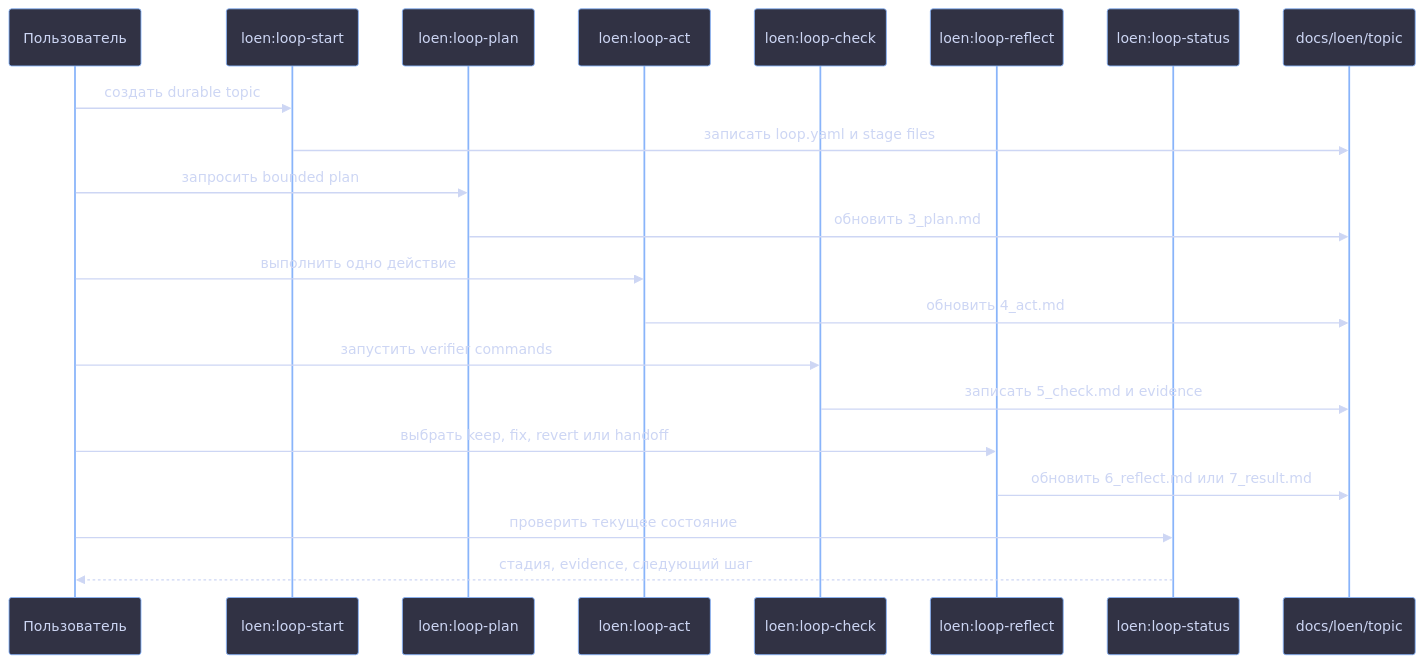
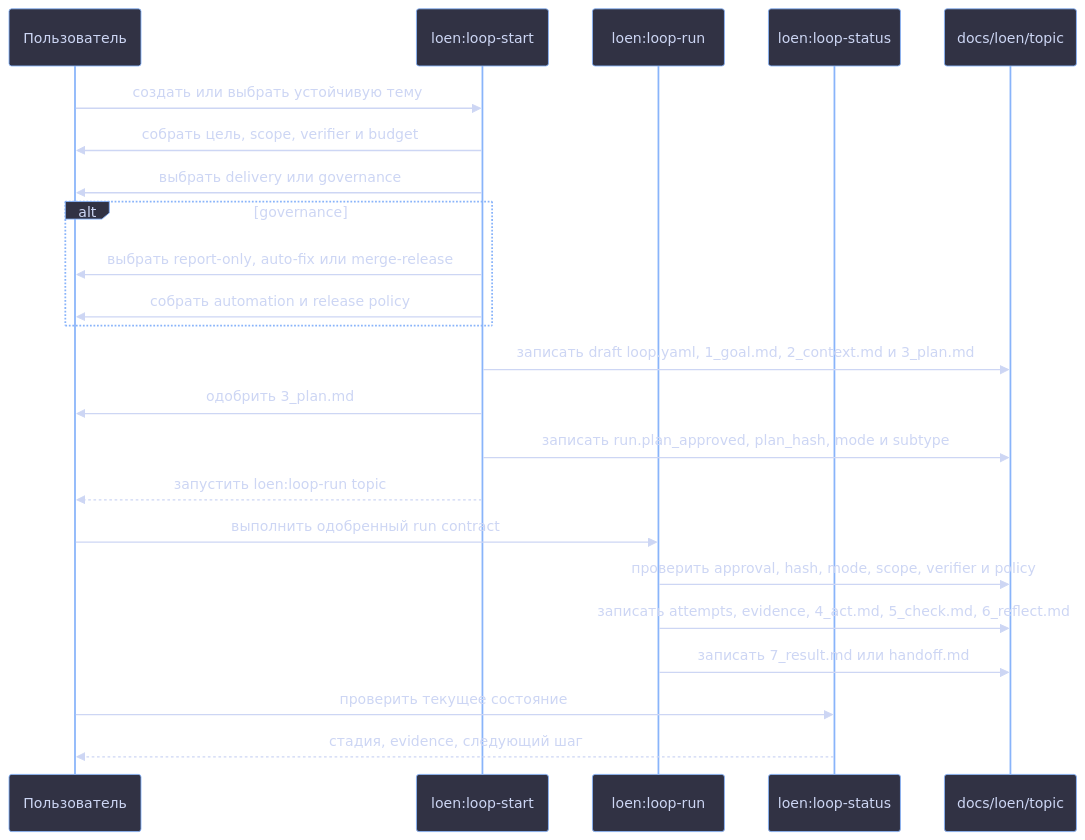
Before and after one commit to ikeniborn/icodex: the first of 2 diagrams in .codex-isolated/plugins/cache/icodex-local/loen/0.1.0/README.ru.md, drawn with Mermaid. The commit also changed other lines of this file and 80 other files, not shown here.

````diff
--- a/.codex-isolated/plugins/cache/icodex-local/loen/0.1.0/README.ru.md
+++ b/.codex-isolated/plugins/cache/icodex-local/loen/0.1.0/README.ru.md
@@ -65,25 +76,27 @@
 ```mermaid
 %%{init: {'theme': 'base', 'themeVariables': {'background': '#1e1e2e', 'primaryColor': '#313244', 'primaryTextColor': '#cdd6f4', 'primaryBorderColor': '#89b4fa', 'lineColor': '#888888', 'secondaryColor': '#181825', 'tertiaryColor': '#45475a'}}}%%
 sequenceDiagram
     participant User as Пользователь
     participant Start as loen:loop-start
-    participant Plan as loen:loop-plan
-    participant Act as loen:loop-act
-    participant Check as loen:loop-check
-    participant Reflect as loen:loop-reflect
+    participant Run as loen:loop-run
     participant Status as loen:loop-status
     participant Files as docs/loen/topic
 
-    User->>Start: создать durable topic
-    Start->>Files: записать loop.yaml и stage files
-    User->>Plan: запросить bounded plan
-    Plan->>Files: обновить 3_plan.md
-    User->>Act: выполнить одно действие
-    Act->>Files: обновить 4_act.md
-    User->>Check: запустить verifier commands
-    Check->>Files: записать 5_check.md и evidence
-    User->>Reflect: выбрать keep, fix, revert или handoff
-    Reflect->>Files: обновить 6_reflect.md или 7_result.md
+    User->>Start: создать или выбрать устойчивую тему
+    Start->>User: собрать цель, scope, verifier и budget
+    Start->>User: выбрать delivery или governance
+    alt governance
+        Start->>User: выбрать report-only, auto-fix или merge-release
+        Start->>User: собрать automation и release policy
+    end
+    Start->>Files: записать draft loop.yaml, 1_goal.md, 2_context.md и 3_plan.md
+    Start->>User: одобрить 3_plan.md
+    Start->>Files: записать run.plan_approved, plan_hash, mode и subtype
+    Start-->>User: запустить loen:loop-run topic
+    User->>Run: выполнить одобренный run contract
+    Run->>Files: проверить approval, hash, mode, scope, verifier и policy
+    Run->>Files: записать attempts, evidence, 4_act.md, 5_check.md, 6_reflect.md
+    Run->>Files: записать 7_result.md или handoff.md
     User->>Status: проверить текущее состояние
     Status-->>User: стадия, evidence, следующий шаг
 ```
````
